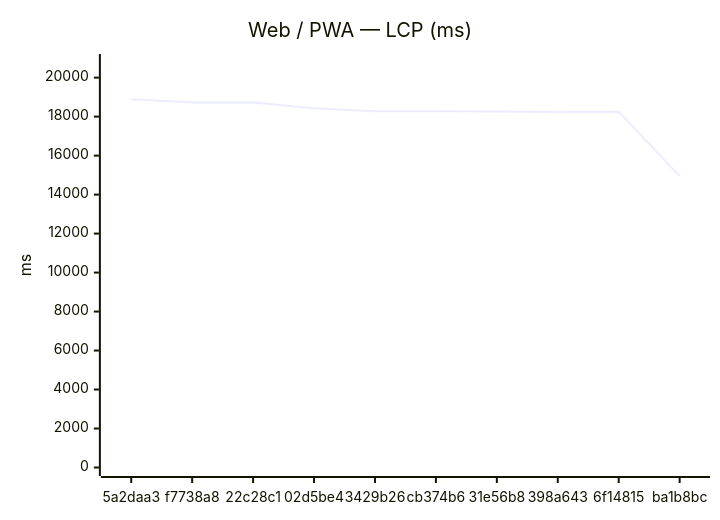
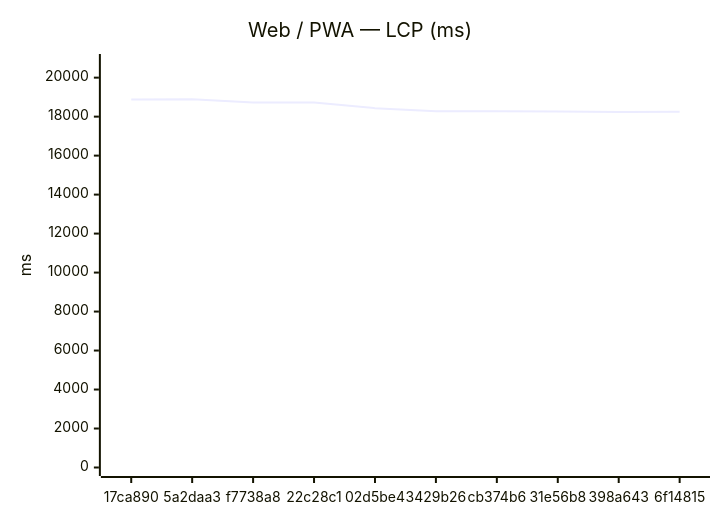
Before and after one commit to Metaheurist/Rianell: the first of 18 diagrams in benchmarks/compare.md, drawn with Mermaid. The commit also changed other lines of this file and 11 other files, not shown here.

````diff
--- a/benchmarks/compare.md
+++ b/benchmarks/compare.md
@@ -24,7 +24,7 @@
 ```mermaid
 xychart-beta
     title "Web / PWA — LCP (ms)"
-    x-axis ["5a2daa3", "f7738a8", "22c28c1", "02d5be4", "3429b26", "cb374b6", "31e56b8", "398a643", "6f14815", "ba1b8bc"]
+    x-axis ["17ca890", "5a2daa3", "f7738a8", "22c28c1", "02d5be4", "3429b26", "cb374b6", "31e56b8", "398a643", "6f14815"]
     y-axis "ms" 0 --> 20777
-    line [18888, 18728, 18722, 18436, 18270, 18278, 18267, 18242, 18254, 14947]
+    line [18874, 18888, 18728, 18722, 18436, 18270, 18278, 18267, 18242, 18254]
 ```
````
